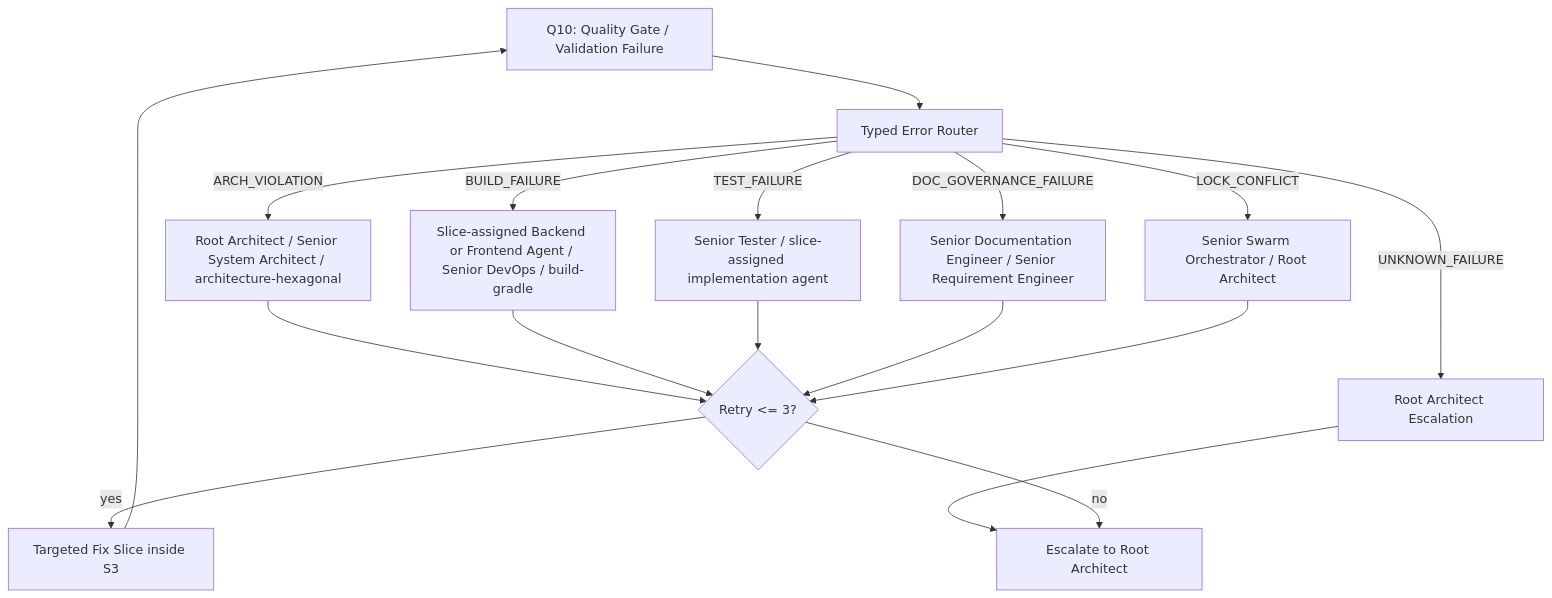
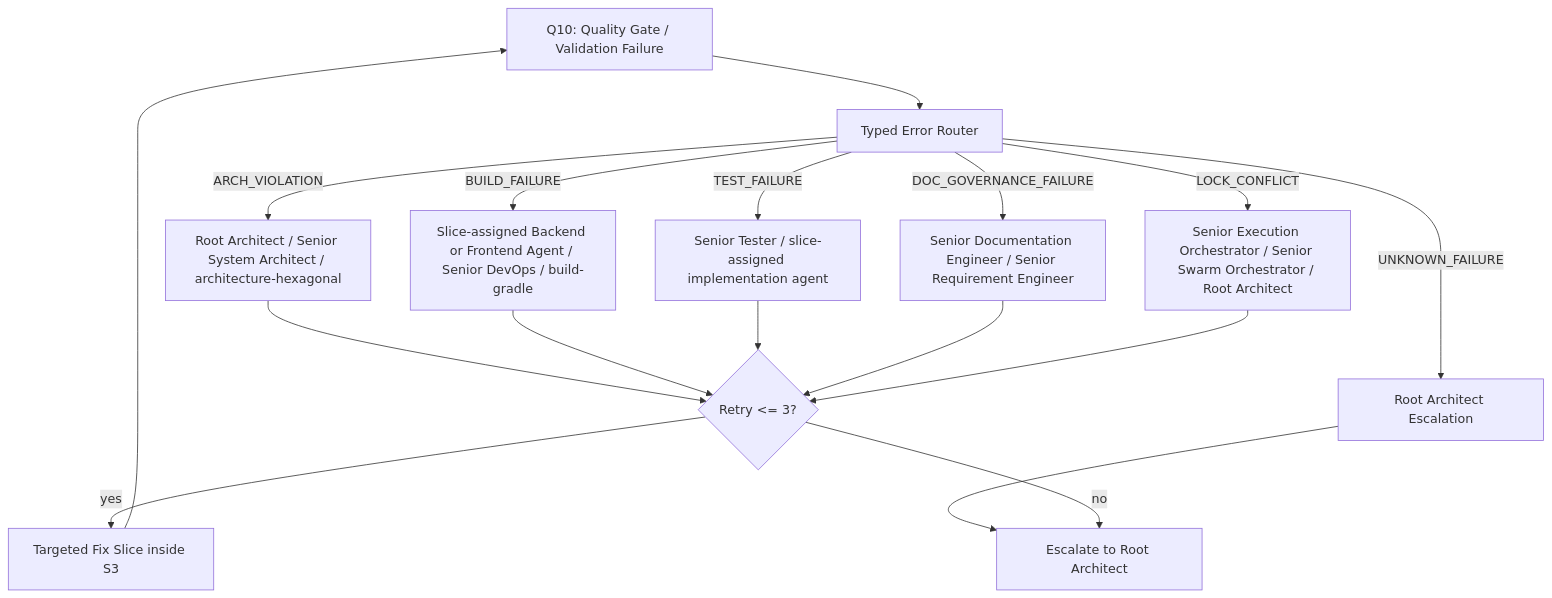
Before and after one commit to MatthiasBurger-Coder/forensic_analytics: the second of 3 diagrams in docs/process/workflow-execute.md, drawn with Mermaid. The commit also changed other lines of this file and 11 other files, not shown here.

````diff
--- a/docs/process/workflow-execute.md
+++ b/docs/process/workflow-execute.md
@@ -150,19 +152,19 @@
 ```mermaid
 flowchart TD
   Q10["Q10: Quality Gate / Validation Failure"] --> R["Typed Error Router"]
   R -->|ARCH_VIOLATION| A["Root Architect / Senior System Architect / architecture-hexagonal"]
   R -->|BUILD_FAILURE| B["Slice-assigned Backend or Frontend Agent / Senior DevOps / build-gradle"]
   R -->|TEST_FAILURE| T["Senior Tester / slice-assigned implementation agent"]
   R -->|DOC_GOVERNANCE_FAILURE| D["Senior Documentation Engineer / Senior Requirement Engineer"]
-  R -->|LOCK_CONFLICT| L["Senior Swarm Orchestrator / Root Architect"]
+  R -->|LOCK_CONFLICT| L["Senior Execution Orchestrator / Senior Swarm Orchestrator / Root Architect"]
   R -->|UNKNOWN_FAILURE| X["Root Architect Escalation"]
   A --> RC{"Retry <= 3?"}
   B --> RC
   T --> RC
   D --> RC
   L --> RC
   X --> ESC["Escalate to Root Architect"]
   RC -->|yes| FIX["Targeted Fix Slice inside S3"]
   RC -->|no| ESC
   FIX --> Q10
 ```
````
